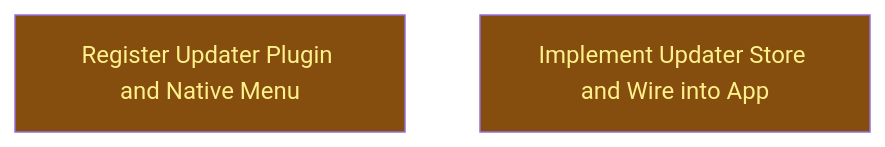
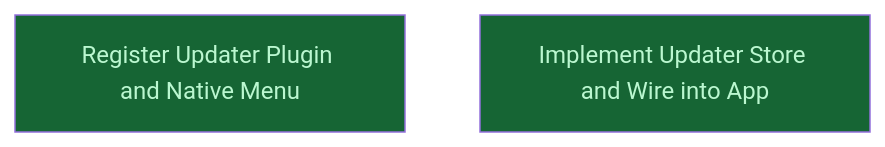
Before and after one commit to LittleCoinCoin/sift: the diagram in __roadmap__/auto-updater/updater_integration/README.md, drawn with Mermaid. The commit also changed other lines of this file and 1 other file, not shown here.

First line of the commit message:
chore(roadmap): mark all auto-updater nodes done

````diff
--- a/__roadmap__/auto-updater/updater_integration/README.md
+++ b/__roadmap__/auto-updater/updater_integration/README.md
@@ -21,10 +21,10 @@
 ```mermaid
 graph TD
-    rust_plugin[Register Updater Plugin and Native Menu]:::inprogress
-    updater_store[Implement Updater Store and Wire into App]:::inprogress
+    rust_plugin[Register Updater Plugin and Native Menu]:::done
+    updater_store[Implement Updater Store and Wire into App]:::done
     classDef done       fill:#166534,color:#bbf7d0
     classDef inprogress fill:#854d0e,color:#fef08a
     classDef planned    fill:#374151,color:#e5e7eb
     classDef amendment  fill:#1e3a5f,color:#bfdbfe
     classDef blocked    fill:#7f1d1d,color:#fecaca
 ```
````
